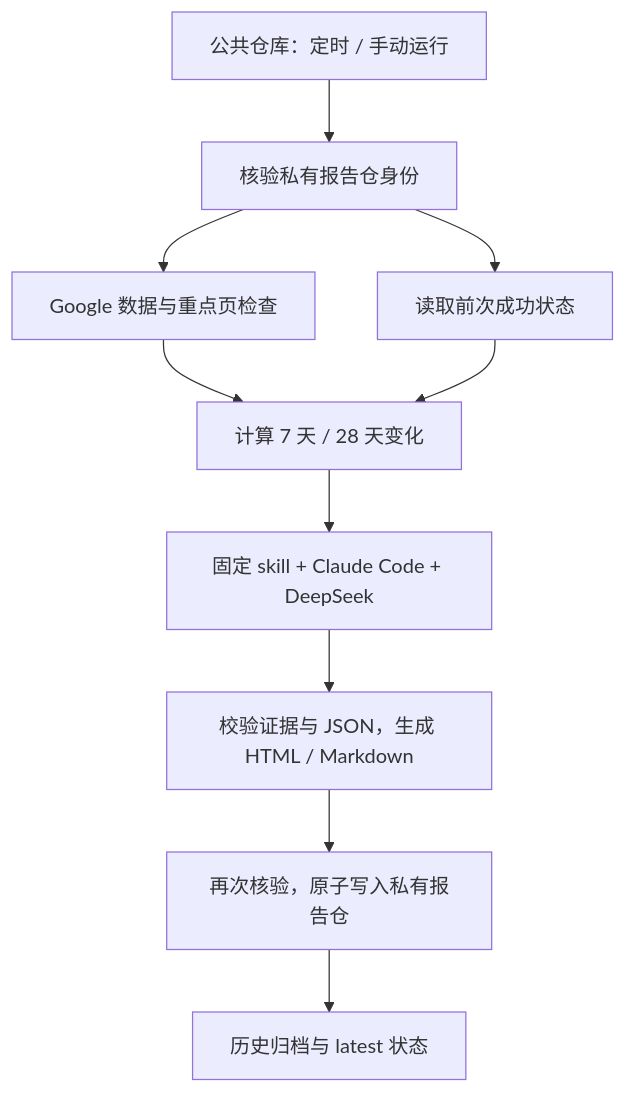
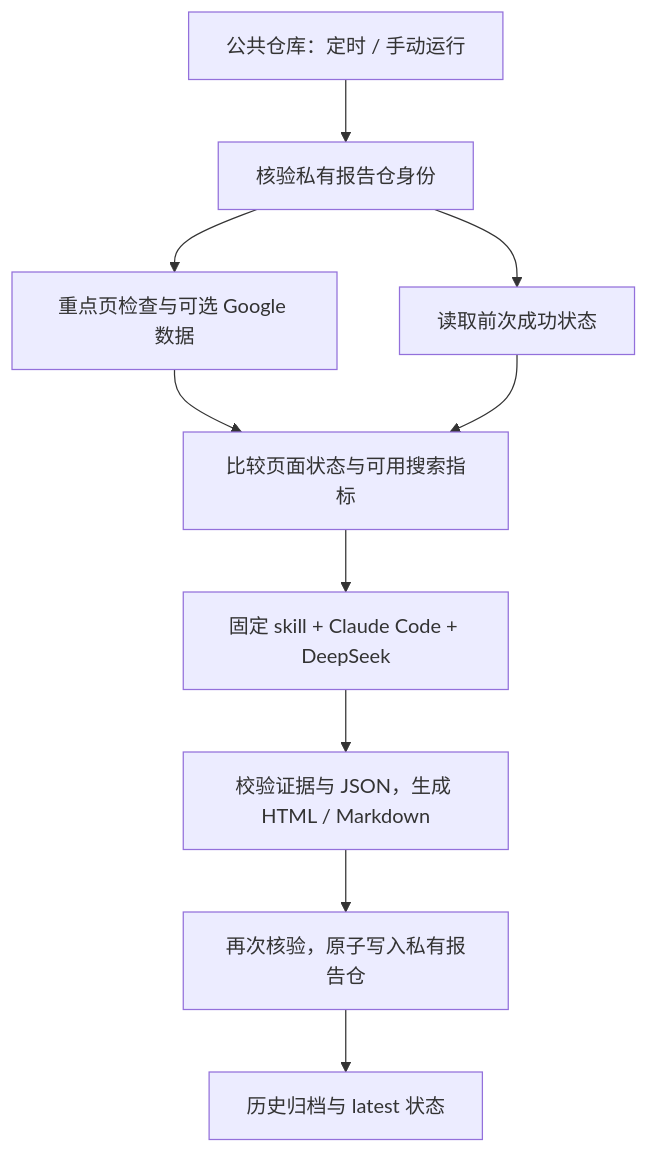
Before and after one commit to gchust/nocobase-growth: the diagram in README.md, drawn with Mermaid. The commit also changed other lines of this file and 14 other files, not shown here.

````diff
--- a/README.md
+++ b/README.md
@@ -12,12 +15,12 @@
 ```mermaid
 flowchart TD
   A["公共仓库：定时 / 手动运行"] --> B["核验私有报告仓身份"]
-  B --> C["Google 数据与重点页检查"]
+  B --> C["重点页检查与可选 Google 数据"]
   B --> D["读取前次成功状态"]
-  C --> E["计算 7 天 / 28 天变化"]
+  C --> E["比较页面状态与可用搜索指标"]
   D --> E
   E --> F["固定 skill + Claude Code + DeepSeek"]
   F --> G["校验证据与 JSON，生成 HTML / Markdown"]
   G --> H["再次核验，原子写入私有报告仓"]
   H --> I["历史归档与 latest 状态"]
 ```
````
